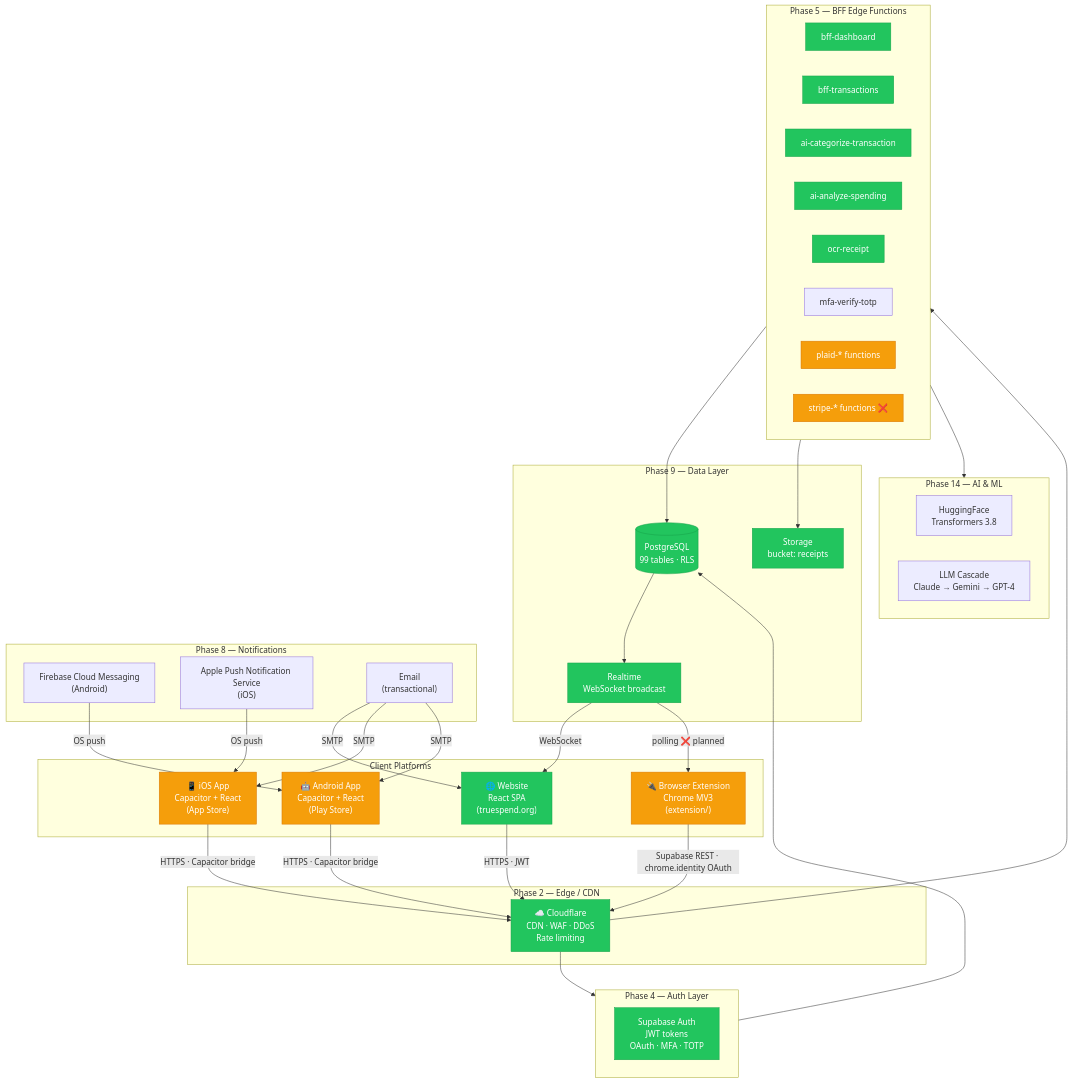
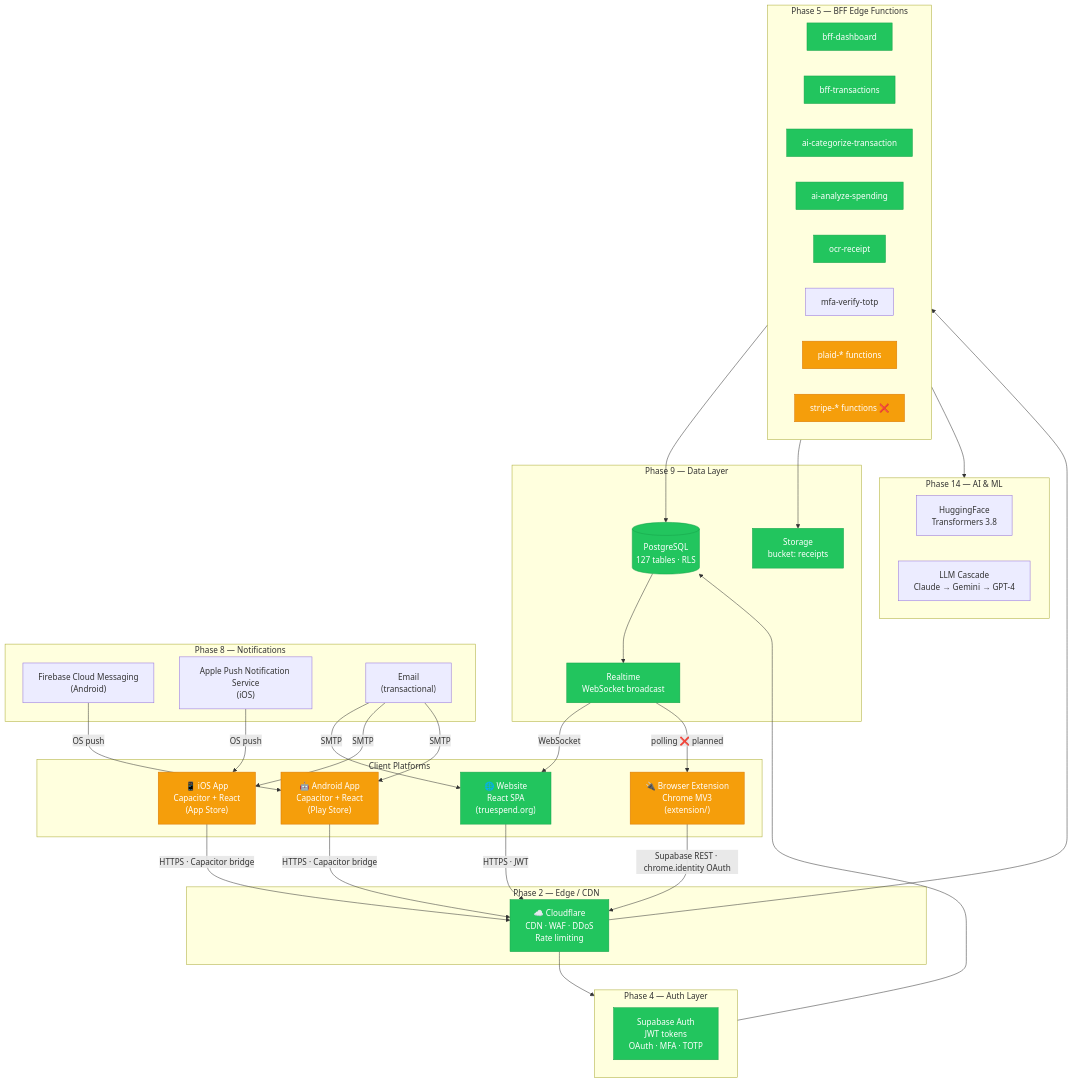
The first of 8 diagrams in docs/TRAFFIC_FLOW_COMBINED.md (dev-Truespend/true-spend-spark), drawn with Mermaid before and after one commit. The commit also changed other lines of this file and 4 other files, not shown here.

First line of the commit message:
docs: code-verified milestone tracker + fix Mermaid diagram rendering

````diff
--- a/docs/TRAFFIC_FLOW_COMBINED.md
+++ b/docs/TRAFFIC_FLOW_COMBINED.md
@@ -11,77 +11,77 @@
 ```mermaid
 flowchart TD
     subgraph Clients ["Client Platforms"]
         WEB["🌐 Website\nReact SPA\n(truespend.org)"]
         EXT["🔌 Browser Extension\nChrome MV3\n(extension/)"]
         IOS["📱 iOS App\nCapacitor + React\n(App Store)"]
         AND["🤖 Android App\nCapacitor + React\n(Play Store)"]
     end
 
     subgraph Edge ["Phase 2 — Edge / CDN"]
         CF["☁️ Cloudflare\nCDN · WAF · DDoS\nRate limiting"]
     end
 
     subgraph Auth ["Phase 4 — Auth Layer"]
         SA["Supabase Auth\nJWT tokens\nOAuth · MFA · TOTP"]
     end
 
     subgraph BFF ["Phase 5 — BFF Edge Functions"]
         B1["bff-dashboard"]
         B2["bff-transactions"]
         B3["ai-categorize-transaction"]
         B4["ai-analyze-spending"]
         B5["ocr-receipt"]
         B6["mfa-verify-totp"]
         B7["plaid-* functions"]
         B8["stripe-* functions ❌"]
     end
 
     subgraph DB ["Phase 9 — Data Layer"]
-        PG[("PostgreSQL\n99 tables · RLS")]
+        PG[("PostgreSQL\n127 tables · RLS")]
         RT["Realtime\nWebSocket broadcast"]
         STO["Storage\nbucket: receipts"]
     end
 
     subgraph Push ["Phase 8 — Notifications"]
         FCM["Firebase Cloud Messaging\n(Android)"]
         APNS["Apple Push Notification Service\n(iOS)"]
         EMAIL["Email\n(transactional)"]
     end
 
     subgraph ML ["Phase 14 — AI & ML"]
         HF["HuggingFace\nTransformers 3.8"]
         LLM["LLM Cascade\nClaude → Gemini → GPT-4"]
     end
 
     WEB -->|"HTTPS · JWT"| CF
     EXT -->|"Supabase REST · chrome.identity OAuth"| CF
     IOS -->|"HTTPS · Capacitor bridge"| CF
     AND -->|"HTTPS · Capacitor bridge"| CF
 
     CF --> Auth
     CF --> BFF
     Auth --> PG
     BFF --> PG
     BFF --> STO
     BFF --> ML
     PG --> RT
 
     RT -->|"WebSocket"| WEB
     RT -->|"polling ❌ planned"| EXT
     FCM -->|"OS push"| AND
     APNS -->|"OS push"| IOS
     EMAIL -->|"SMTP"| WEB
     EMAIL -->|"SMTP"| IOS
     EMAIL -->|"SMTP"| AND
 
     classDef done fill:#22c55e,color:#fff,stroke:#16a34a
     classDef inprog fill:#f59e0b,color:#fff,stroke:#d97706
     classDef notdone fill:#ef4444,color:#fff,stroke:#dc2626
 
     class WEB done
     class EXT inprog
     class IOS,AND inprog
     class CF,SA,PG,RT,STO done
     class B1,B2,B3,B4,B5 done
     class B7,B8 inprog
 ```
````
